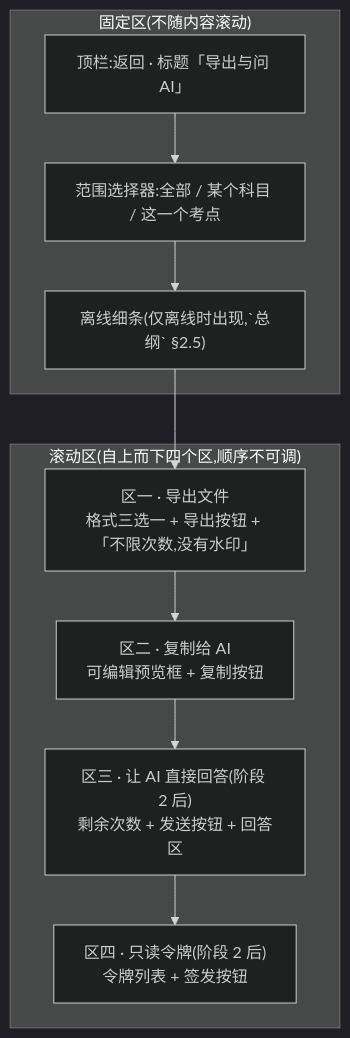
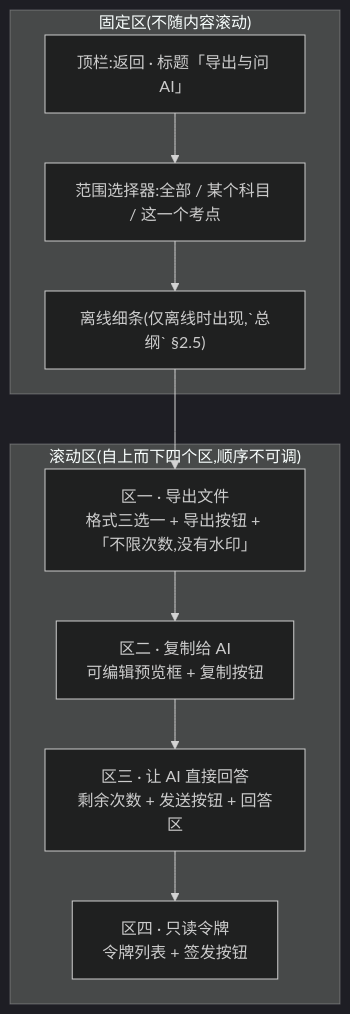
The first of 12 diagrams in docs/product/specs/导出与问AI.md (chenyuanjin/kubic), drawn with Mermaid (dark theme) before and after one commit. The commit also changed other lines of this file and 29 other files, not shown here.

````diff
--- a/docs/product/specs/导出与问AI.md
+++ b/docs/product/specs/导出与问AI.md
@@ -84,17 +84,17 @@
 ```mermaid
 flowchart TD
     subgraph FIX["固定区(不随内容滚动)"]
         NAV["顶栏:返回 · 标题「导出与问 AI」"]
         SCOPE["范围选择器:全部 / 某个科目 / 这一个考点"]
         BAND["离线细条(仅离线时出现,`总纲` §2.5)"]
     end
 
     subgraph SCROLL["滚动区(自上而下四个区,顺序不可调)"]
         Z1["区一 · 导出文件<br/>格式三选一 + 导出按钮 + 「不限次数,没有水印」"]
         Z2["区二 · 复制给 AI<br/>可编辑预览框 + 复制按钮"]
-        Z3["区三 · 让 AI 直接回答(阶段 2 后)<br/>剩余次数 + 发送按钮 + 回答区"]
-        Z4["区四 · 只读令牌(阶段 2 后)<br/>令牌列表 + 签发按钮"]
+        Z3["区三 · 让 AI 直接回答<br/>剩余次数 + 发送按钮 + 回答区"]
+        Z4["区四 · 只读令牌<br/>令牌列表 + 签发按钮"]
     end
 
     NAV --> SCOPE --> BAND --> Z1 --> Z2 --> Z3 --> Z4
 ```
````
